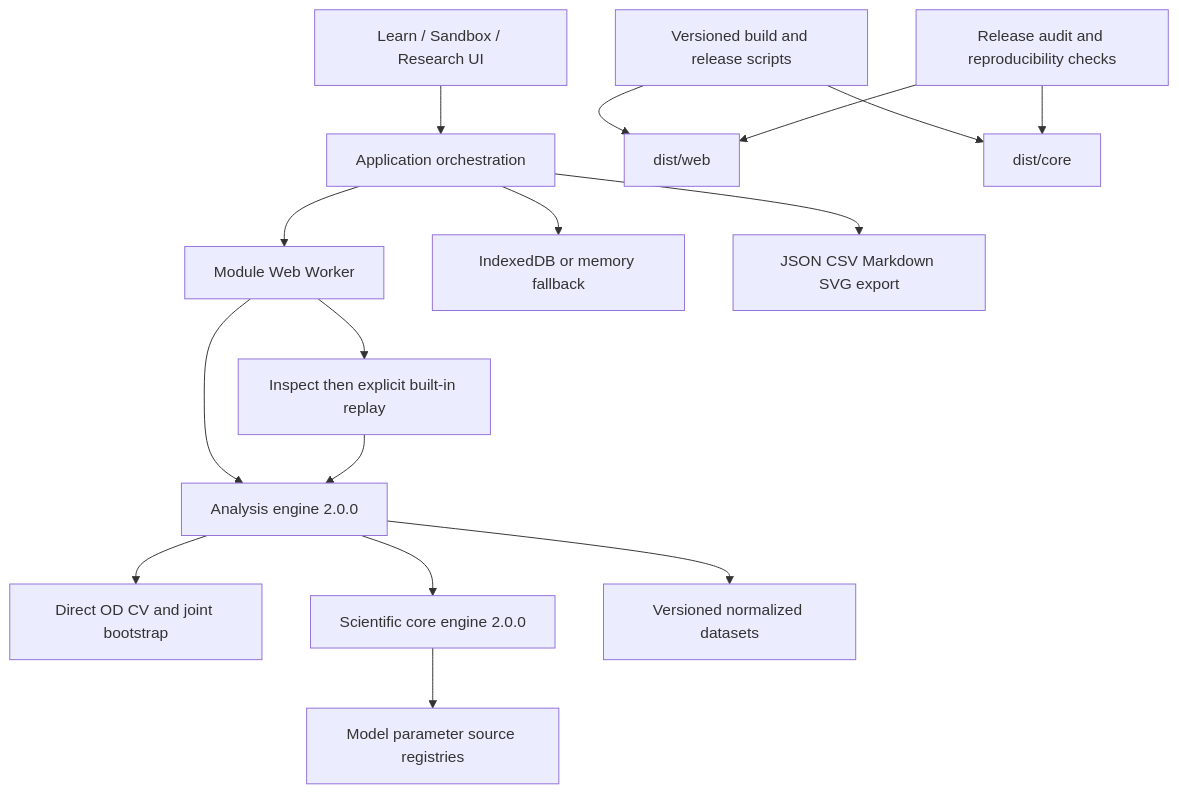
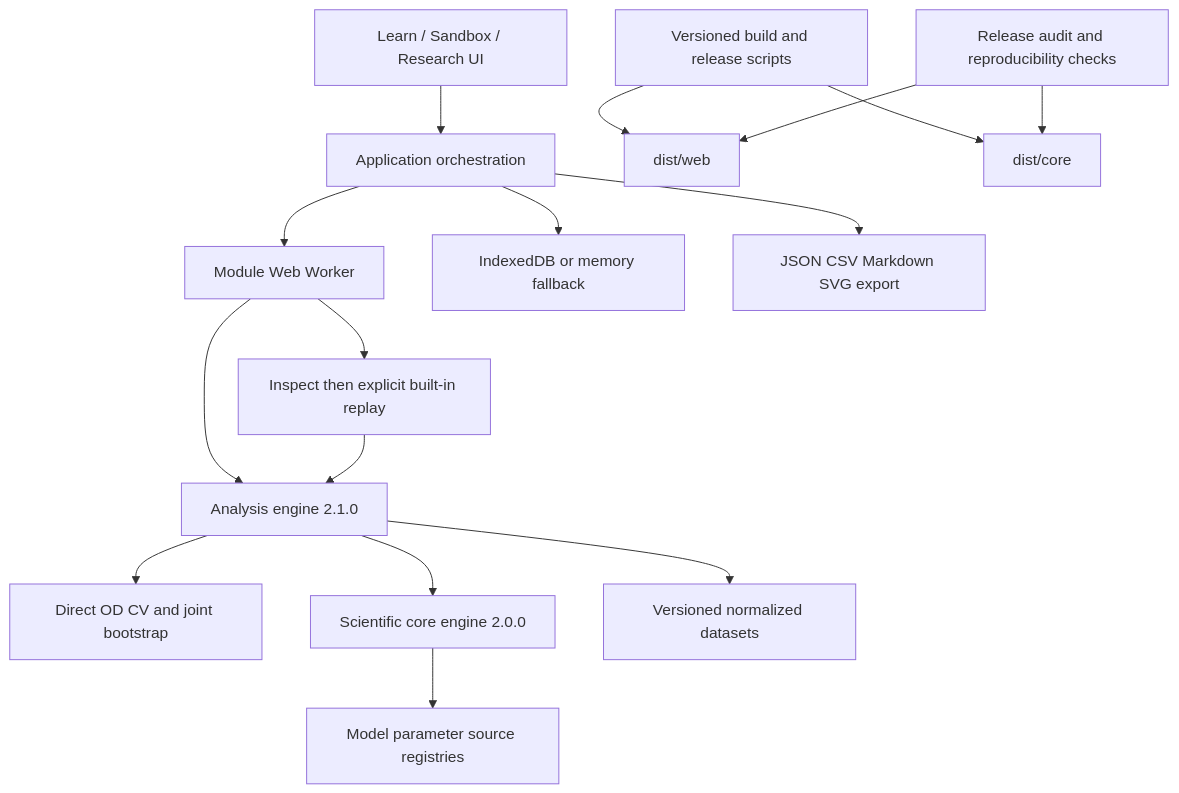
The diagram in docs/architecture.md (Keng0nion/ecolab-antibiotic-modeling), drawn with Mermaid before and after one commit. The commit also changed other lines of this file and 102 other files, not shown here.

````diff
--- a/docs/architecture.md
+++ b/docs/architecture.md
@@ -12,18 +12,18 @@
 ```mermaid
 flowchart TD
     UI[Learn / Sandbox / Research UI] --> APP[Application orchestration]
     APP --> WORKER[Module Web Worker]
     APP --> STORAGE[IndexedDB or memory fallback]
     APP --> EXPORT[JSON CSV Markdown SVG export]
-    WORKER --> ANALYSIS[Analysis engine 2.0.0]
+    WORKER --> ANALYSIS[Analysis engine 2.1.0]
     ANALYSIS --> GROWTH[Direct OD CV and joint bootstrap]
     WORKER --> REPLAY[Inspect then explicit built-in replay]
     REPLAY --> ANALYSIS
     ANALYSIS --> CORE[Scientific core engine 2.0.0]
     CORE --> REGISTRY[Model parameter source registries]
     ANALYSIS --> DATA[Versioned normalized datasets]
     BUILD[Versioned build and release scripts] --> WEB[dist/web]
     BUILD --> PACKAGE[dist/core]
     AUDIT[Release audit and reproducibility checks] --> WEB
     AUDIT --> PACKAGE
 ```
````
